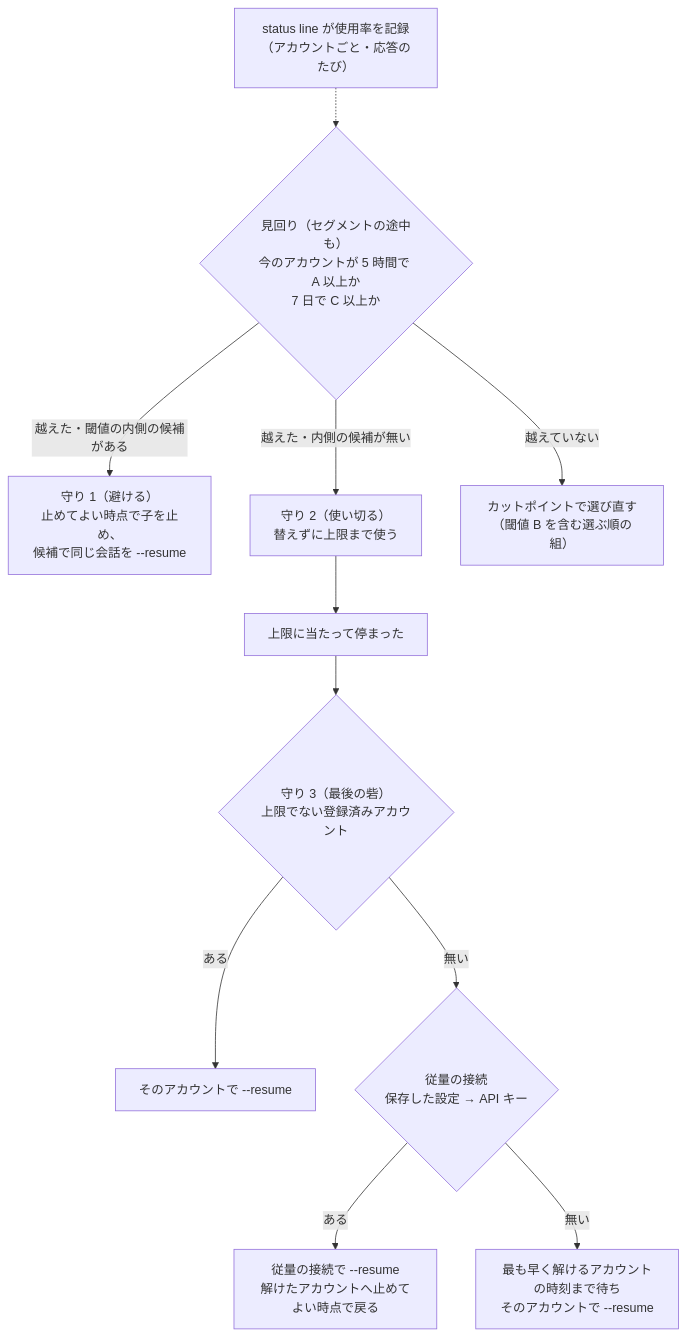
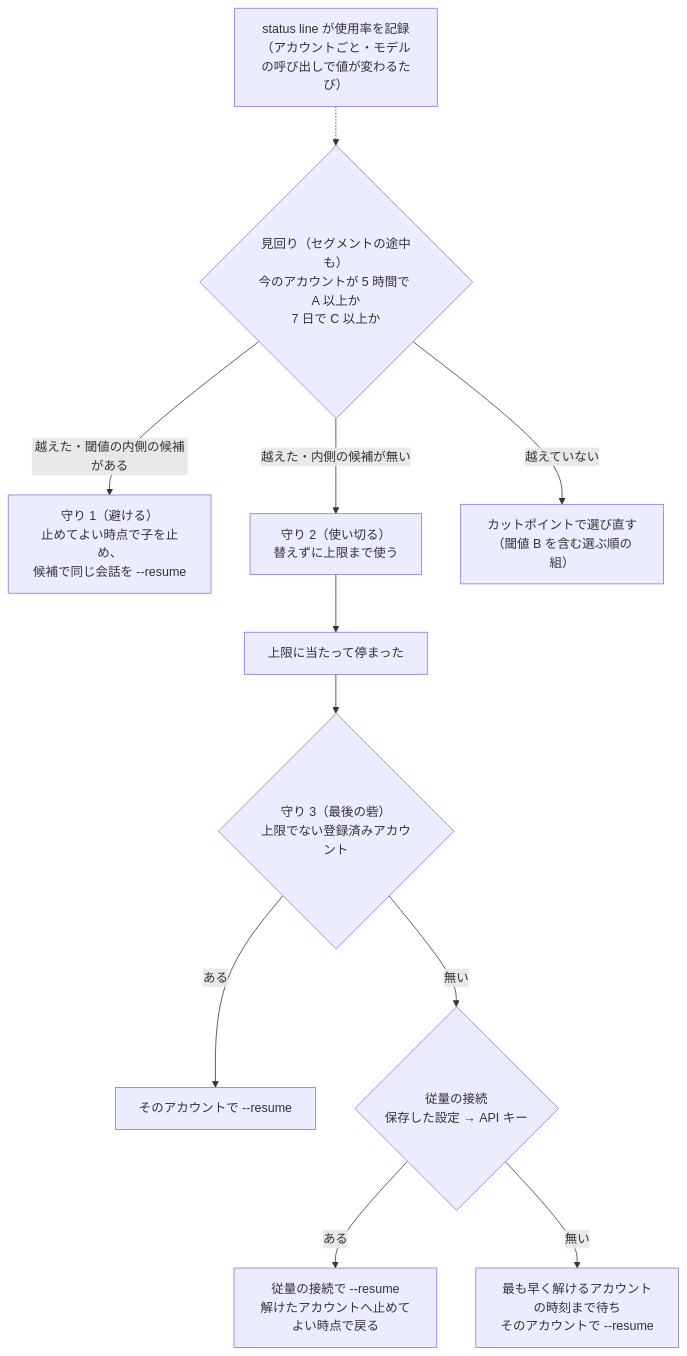
One commit to devbasex/ai-plugins changed the second of 5 diagrams in issues/issue-3604-3864-design.md. Above: the diagram before and after it, drawn with Mermaid. The commit also changed other lines of this file and 1 other file, not shown here.

Commit message:
Docs: status line の呼び出し・使用率の更新・見回りの読みを分けて書き、STD6 の重複を STD10 に分ける（#3604 #3864）

````diff
--- a/issues/issue-3604-3864-design.md
+++ b/issues/issue-3604-3864-design.md
@@ -77,14 +77,14 @@
 ```mermaid
 flowchart TD
-  OBS["status line が使用率を記録<br/>（アカウントごと・応答のたび）"] -.-> J
+  OBS["status line が使用率を記録<br/>（アカウントごと・モデルの呼び出しで値が変わるたび）"] -.-> J
   J{"見回り（セグメントの途中も）<br/>今のアカウントが 5 時間で A 以上か<br/>7 日で C 以上か"}
   J -- "越えた・閾値の内側の候補がある" --> G1["守り 1（避ける）<br/>止めてよい時点で子を止め、<br/>候補で同じ会話を --resume"]
   J -- "越えた・内側の候補が無い" --> G2["守り 2（使い切る）<br/>替えずに上限まで使う"]
   J -- "越えていない" --> CUT["カットポイントで選び直す<br/>（閾値 B を含む選ぶ順の組）"]
   G2 --> HIT["上限に当たって停まった"]
   HIT --> G3{"守り 3（最後の砦）<br/>上限でない登録済みアカウント"}
   G3 -- "ある" --> R1["そのアカウントで --resume"]
   G3 -- "無い" --> M{"従量の接続<br/>保存した設定 → API キー"}
   M -- "ある" --> R2["従量の接続で --resume<br/>解けたアカウントへ止めてよい時点で戻る"]
   M -- "無い" --> WT["最も早く解けるアカウントの時刻まで待ち<br/>そのアカウントで --resume"]
 ```
````
